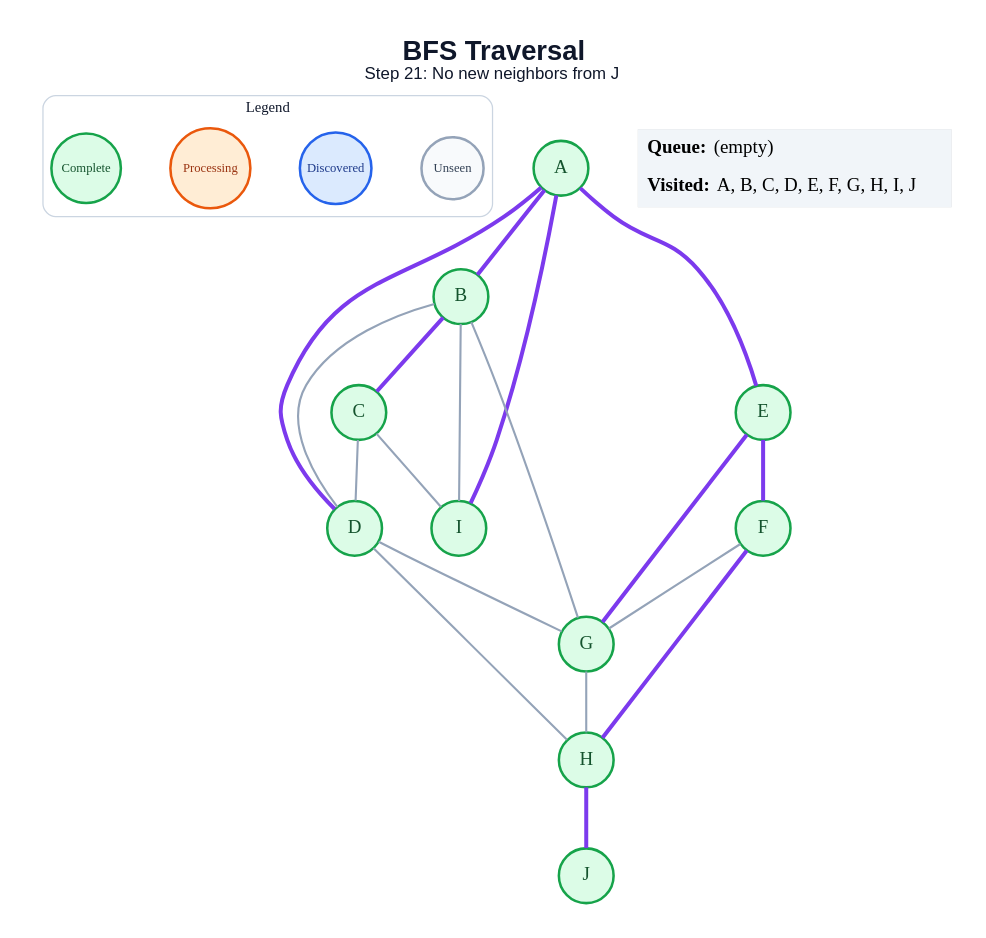
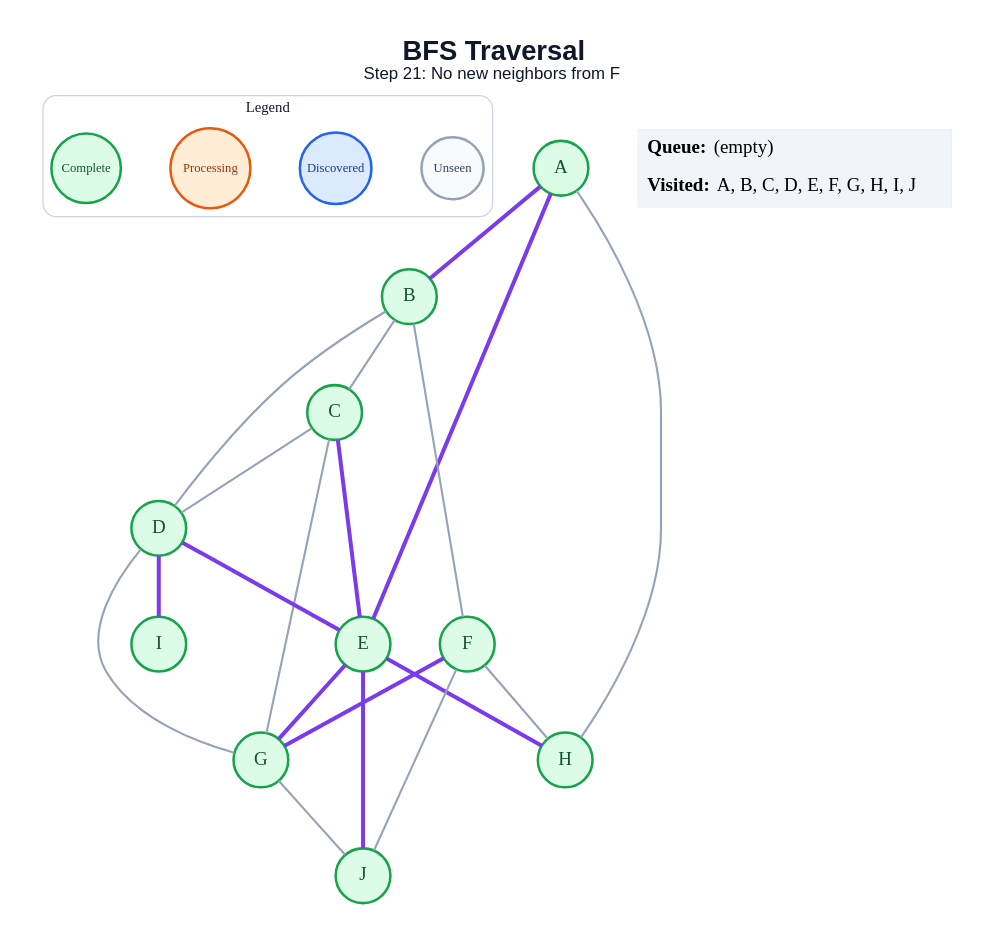
The diagram in generated/specific-node/bfs/step_21.dot (amanghodawala9/ai-slop), drawn with Graphviz before and after one commit. The commit also changed 178 other files, not shown here.

```diff
--- a/generated/specific-node/bfs/step_21.dot
+++ b/generated/specific-node/bfs/step_21.dot
@@ -1,47 +1,48 @@
 graph traversal {
   graph [layout=dot, rankdir=TB, bgcolor="#FFFFFF", pad="0.35", nodesep="0.65", ranksep="0.8", fontname="Arial"];
   node [shape=circle, style="filled", fontname="Arial Bold", fontsize=18, width=0.72, fixedsize=true, penwidth=2.4];
   edge [color="#94A3B8", penwidth=2.0];
-  label=<<B>BFS Traversal</B><BR/><FONT POINT-SIZE="16">Step 21: No new neighbors from J</FONT>>; labelloc="t"; fontsize=26; fontname="Arial"; fontcolor="#0F172A";
+  label=<<B>BFS Traversal</B><BR/><FONT POINT-SIZE="16">Step 21: No new neighbors from F</FONT>>; labelloc="t"; fontsize=26; fontname="Arial"; fontcolor="#0F172A";
   subgraph cluster_legend { label="Legend"; color="#CBD5E1"; penwidth=1.2; style="rounded"; fontsize=14; fontname="Arial Bold";
     key_unseen [label="Unseen", fillcolor="#F8FAFC", color="#94A3B8", fontcolor="#334155", fontsize=12, width=0.82];
     key_frontier [label="Discovered", fillcolor="#DBEAFE", color="#2563EB", fontcolor="#1E3A8A", fontsize=12, width=0.95];
     key_current [label="Processing", fillcolor="#FFEDD5", color="#EA580C", fontcolor="#9A3412", fontsize=12, width=1.05];
     key_done [label="Complete", fillcolor="#DCFCE7", color="#16A34A", fontcolor="#14532D", fontsize=12, width=0.92];
     { rank=same; key_unseen; key_frontier; key_current; key_done; }
   }
   A [fillcolor="#DCFCE7", color="#16A34A", fontcolor="#14532D"];
   B [fillcolor="#DCFCE7", color="#16A34A", fontcolor="#14532D"];
   C [fillcolor="#DCFCE7", color="#16A34A", fontcolor="#14532D"];
   D [fillcolor="#DCFCE7", color="#16A34A", fontcolor="#14532D"];
   E [fillcolor="#DCFCE7", color="#16A34A", fontcolor="#14532D"];
   F [fillcolor="#DCFCE7", color="#16A34A", fontcolor="#14532D"];
   G [fillcolor="#DCFCE7", color="#16A34A", fontcolor="#14532D"];
   H [fillcolor="#DCFCE7", color="#16A34A", fontcolor="#14532D"];
   I [fillcolor="#DCFCE7", color="#16A34A", fontcolor="#14532D"];
   J [fillcolor="#DCFCE7", color="#16A34A", fontcolor="#14532D"];
   A -- B [color="#7C3AED", penwidth=3.8];
-  A -- D [color="#7C3AED", penwidth=3.8];
   A -- E [color="#7C3AED", penwidth=3.8];
-  A -- I [color="#7C3AED", penwidth=3.8];
-  B -- C [color="#7C3AED", penwidth=3.8];
+  A -- H;
+  B -- C;
   B -- D;
-  B -- G;
-  B -- I;
+  B -- F;
   C -- D;
-  C -- I;
+  C -- E [color="#7C3AED", penwidth=3.8];
+  C -- G;
+  D -- E [color="#7C3AED", penwidth=3.8];
   D -- G;
-  D -- H;
-  E -- F [color="#7C3AED", penwidth=3.8];
+  D -- I [color="#7C3AED", penwidth=3.8];
   E -- G [color="#7C3AED", penwidth=3.8];
-  F -- G;
-  F -- H [color="#7C3AED", penwidth=3.8];
-  G -- H;
-  H -- J [color="#7C3AED", penwidth=3.8];
+  E -- H [color="#7C3AED", penwidth=3.8];
+  E -- J [color="#7C3AED", penwidth=3.8];
+  F -- G [color="#7C3AED", penwidth=3.8];
+  F -- H;
+  F -- J;
+  G -- J;
   status [shape=plain, fixedsize=false, width=0, height=0, margin=0, label=<
     <TABLE BORDER="0" CELLBORDER="0" CELLPADDING="7" BGCOLOR="#F1F5F9">
       <TR><TD ALIGN="LEFT"><B>Queue:</B> (empty)</TD></TR>
       <TR><TD ALIGN="LEFT"><B>Visited:</B> A, B, C, D, E, F, G, H, I, J</TD></TR>
     </TABLE>
   >];
 }
```
